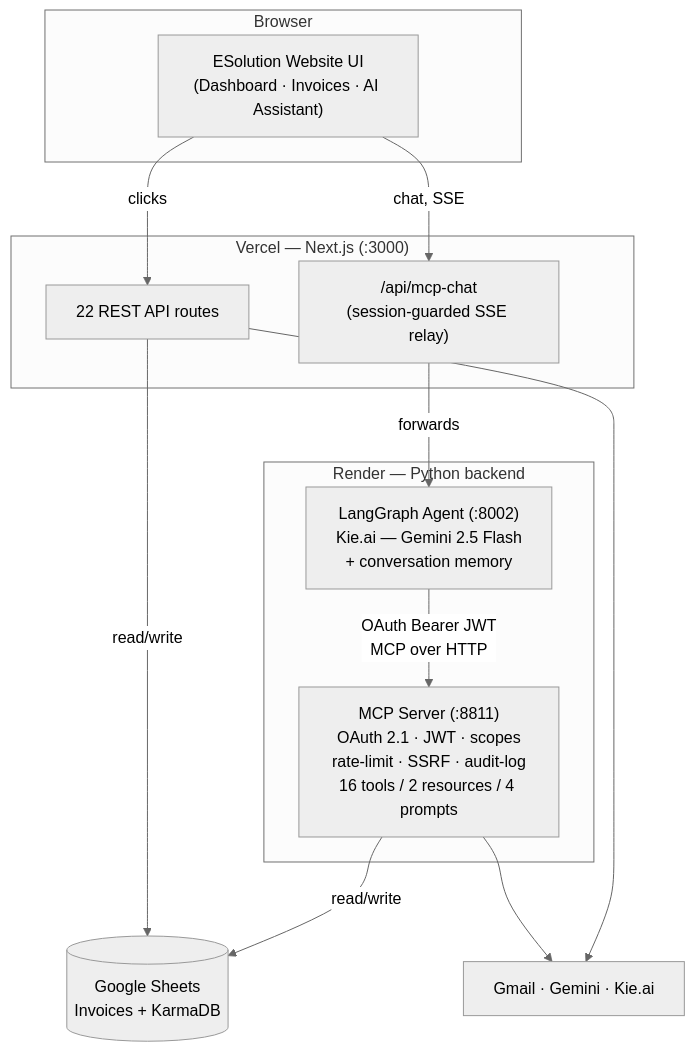
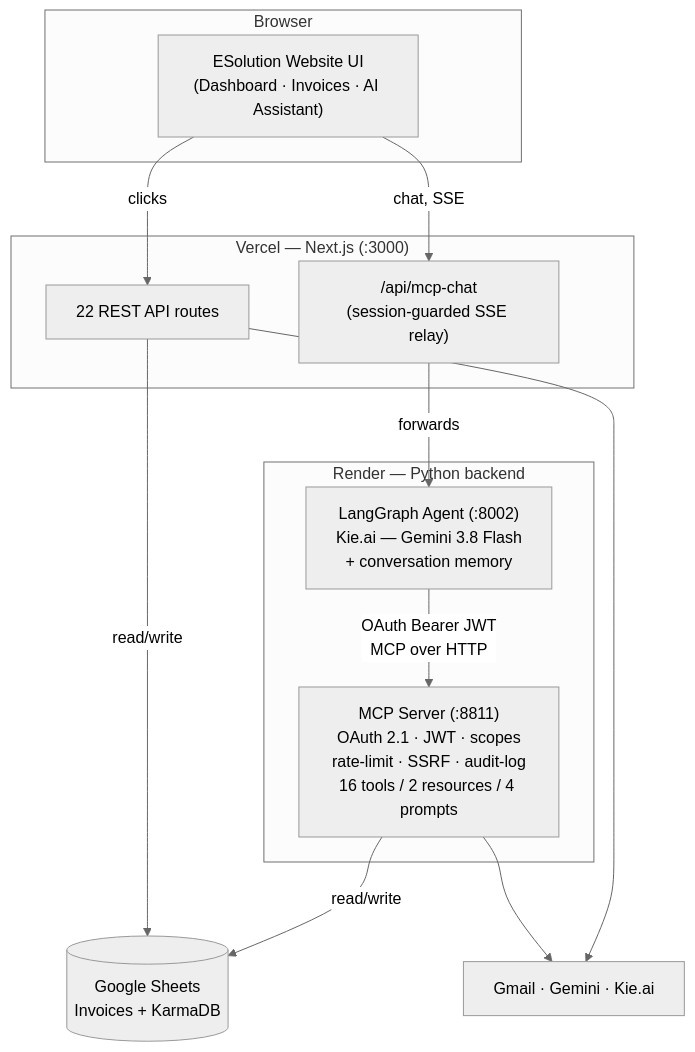
Before and after one commit to Eeshan842004/esolution-invoice-ai: the first of 2 diagrams in README.md, drawn with Mermaid (neutral theme). The commit also changed other lines of this file and 11 other files, not shown here.

````diff
--- a/README.md
+++ b/README.md
@@ -43,28 +43,28 @@
 ```mermaid
 flowchart TD
     subgraph Browser
         UI["ESolution Website UI<br/>(Dashboard · Invoices · AI Assistant)"]
     end
 
     subgraph Vercel["Vercel — Next.js (:3000)"]
         API["22 REST API routes"]
         RELAY["/api/mcp-chat<br/>(session-guarded SSE relay)"]
     end
 
     subgraph Render["Render — Python backend"]
-        AGENT["LangGraph Agent (:8002)<br/>Kie.ai — Gemini 2.5 Flash<br/>+ conversation memory"]
+        AGENT["LangGraph Agent (:8002)<br/>Kie.ai — Gemini 3.8 Flash<br/>+ conversation memory"]
         MCP["MCP Server (:8811)<br/>OAuth 2.1 · JWT · scopes<br/>rate-limit · SSRF · audit-log<br/>16 tools / 2 resources / 4 prompts"]
     end
 
     SHEET[("Google Sheets<br/>Invoices + KarmaDB")]
     EXT["Gmail · Gemini · Kie.ai"]
 
     UI -->|clicks| API
     UI -->|chat, SSE| RELAY
     RELAY -->|forwards| AGENT
     AGENT -->|OAuth Bearer JWT<br/>MCP over HTTP| MCP
     API -->|read/write| SHEET
     MCP -->|read/write| SHEET
     MCP --> EXT
     API --> EXT
 ```
````
